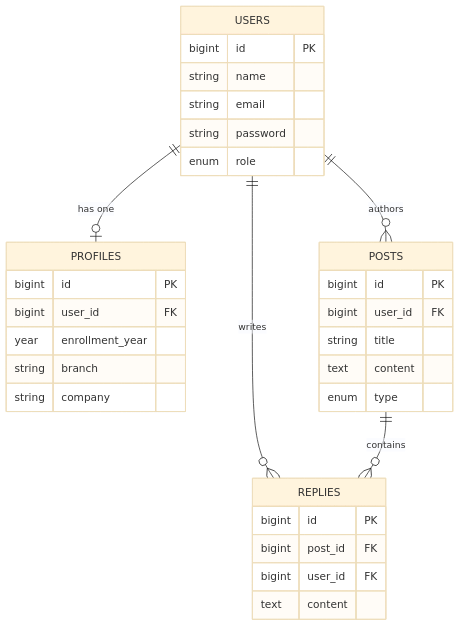
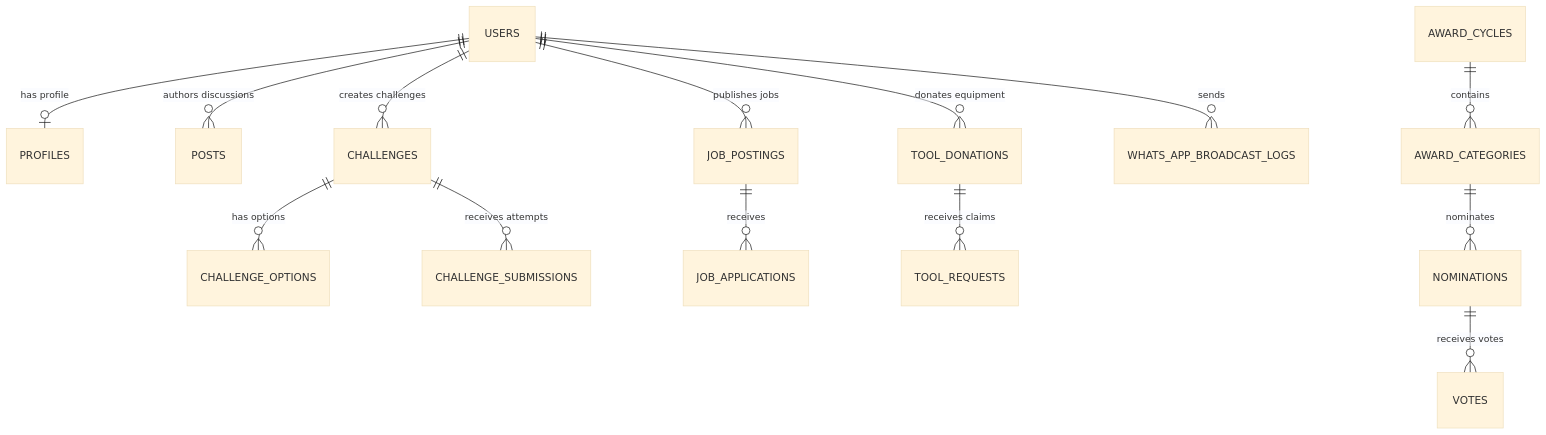
The second of 2 diagrams in Architecture.md (sindhishahejad/kdpalumniportal), drawn with Mermaid (base theme) before and after one commit. The commit also changed other lines of this file and 5 other files, not shown here.

````diff
--- a/Architecture.md
+++ b/Architecture.md
@@ -153,35 +76,16 @@
 ```mermaid
 erDiagram
-    USERS ||--o| PROFILES : "has one"
-    USERS ||--o{ POSTS : "authors"
-    USERS ||--o{ REPLIES : "writes"
-    POSTS ||--o{ REPLIES : "contains"
-
-    USERS {
-        bigint id PK
-        string name
-        string email
-        string password
-        enum role
-    }
-    PROFILES {
-        bigint id PK
-        bigint user_id FK
-        year enrollment_year
-        string branch
-        string company
-    }
-    POSTS {
-        bigint id PK
-        bigint user_id FK
-        string title
-        text content
-        enum type
-    }
-    REPLIES {
-        bigint id PK
-        bigint post_id FK
-        bigint user_id FK
-        text content
-    }
+    USERS ||--o| PROFILES : "has profile"
+    USERS ||--o{ POSTS : "authors discussions"
+    USERS ||--o{ CHALLENGES : "creates challenges"
+    CHALLENGES ||--o{ CHALLENGE_OPTIONS : "has options"
+    CHALLENGES ||--o{ CHALLENGE_SUBMISSIONS : "receives attempts"
+    USERS ||--o{ JOB_POSTINGS : "publishes jobs"
+    JOB_POSTINGS ||--o{ JOB_APPLICATIONS : "receives"
+    USERS ||--o{ TOOL_DONATIONS : "donates equipment"
+    TOOL_DONATIONS ||--o{ TOOL_REQUESTS : "receives claims"
+    USERS ||--o{ WHATS_APP_BROADCAST_LOGS : "sends"
+    AWARD_CYCLES ||--o{ AWARD_CATEGORIES : "contains"
+    AWARD_CATEGORIES ||--o{ NOMINATIONS : "nominates"
+    NOMINATIONS ||--o{ VOTES : "receives votes"
 ```
````
